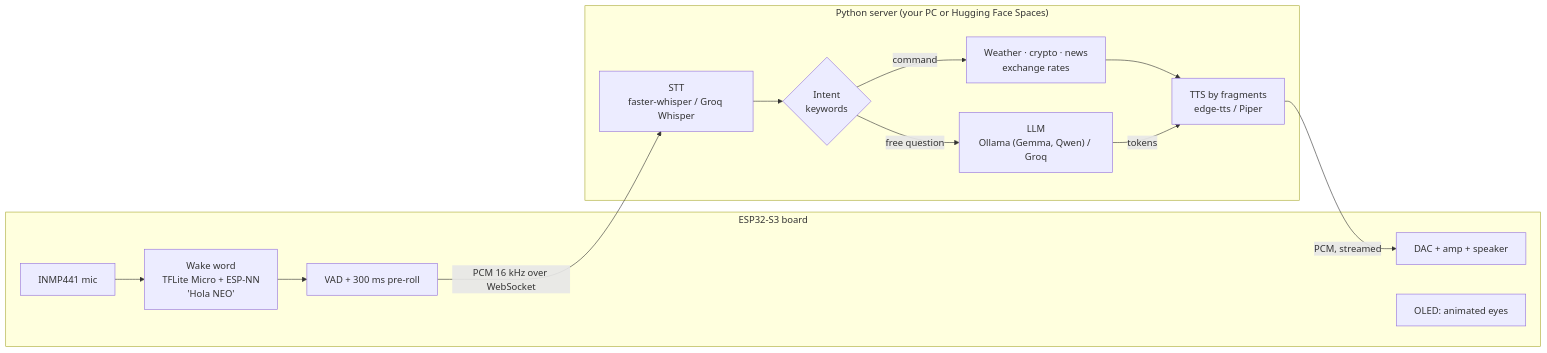
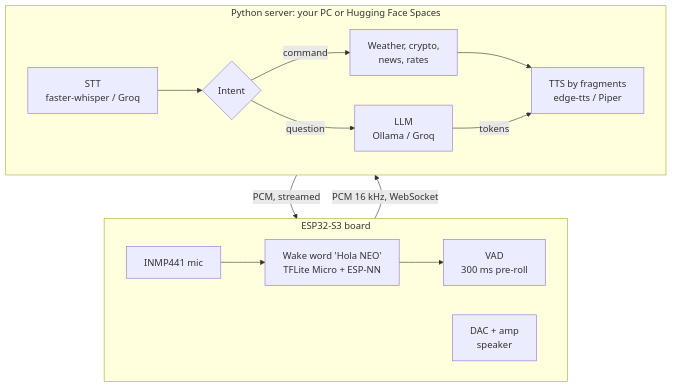
One commit to techmiguel/neo-robot changed the diagram in README.md. Above: the diagram before and after it, drawn with Mermaid.

Commit message:
docs: draw the architecture diagram top to bottom so it stays readable

````diff
--- a/README.md
+++ b/README.md
@@ -19,18 +19,18 @@
 ```mermaid
-flowchart LR
+flowchart TB
     subgraph board["ESP32-S3 board"]
-        mic["INMP441 mic"] --> ww["Wake word<br/>TFLite Micro + ESP-NN<br/>'Hola NEO'"]
-        ww --> vad["VAD + 300 ms pre-roll"]
-        spk["DAC + amp + speaker"]
-        oled["OLED: animated eyes"]
+        direction LR
+        mic["INMP441 mic"] --> ww["Wake word 'Hola NEO'<br/>TFLite Micro + ESP-NN"] --> vad["VAD<br/>300 ms pre-roll"]
+        spk["DAC + amp<br/>speaker"]
     end
-    subgraph server["Python server (your PC or Hugging Face Spaces)"]
-        stt["STT<br/>faster-whisper / Groq Whisper"] --> intent{"Intent<br/>keywords"}
-        intent -- command --> api["Weather · crypto · news<br/>exchange rates"]
-        intent -- free question --> llm["LLM<br/>Ollama (Gemma, Qwen) / Groq"]
+    subgraph server["Python server: your PC or Hugging Face Spaces"]
+        direction LR
+        stt["STT<br/>faster-whisper / Groq"] --> intent{"Intent"}
+        intent -- command --> api["Weather, crypto,<br/>news, rates"]
+        intent -- question --> llm["LLM<br/>Ollama / Groq"]
         api --> tts["TTS by fragments<br/>edge-tts / Piper"]
         llm -- tokens --> tts
     end
-    vad -- "PCM 16 kHz over WebSocket" --> stt
+    vad -- "PCM 16 kHz, WebSocket" --> stt
     tts -- "PCM, streamed" --> spk
 ```
````
